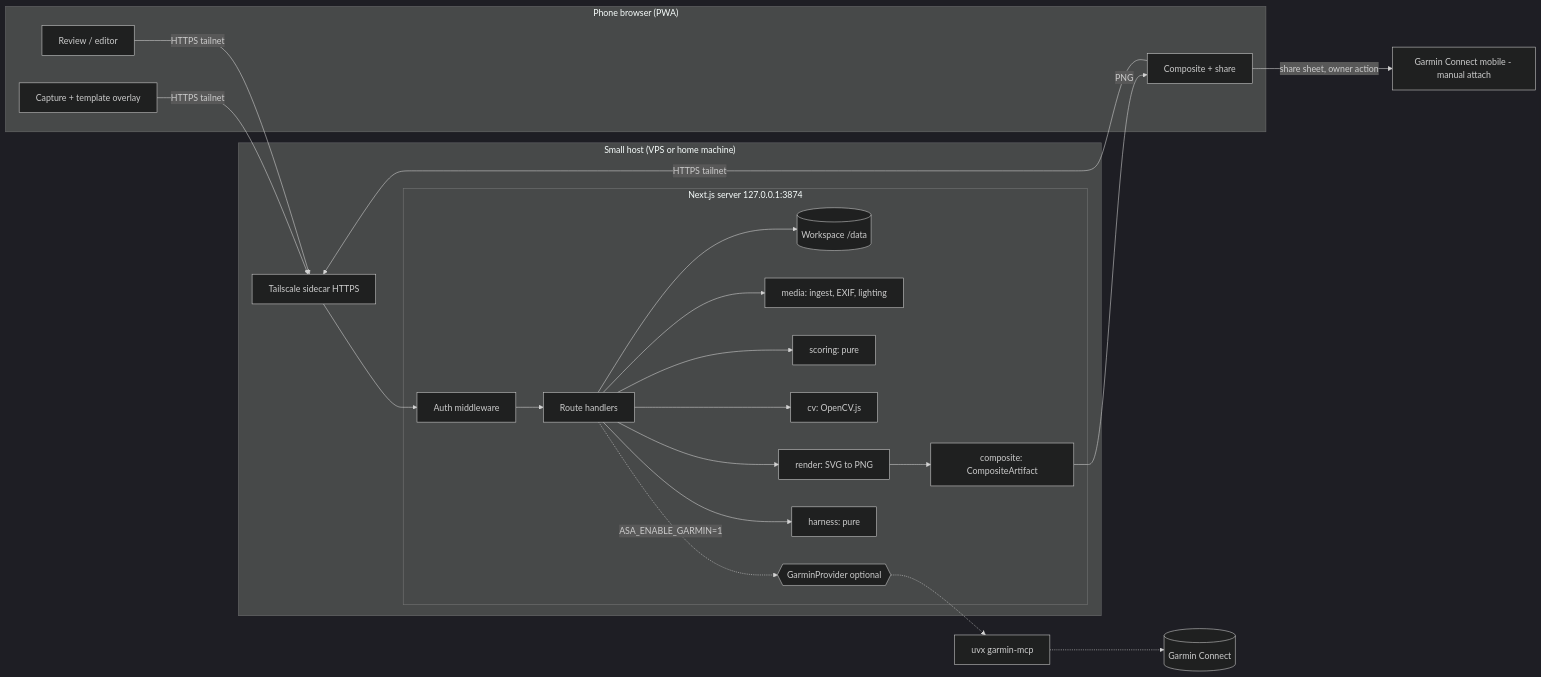
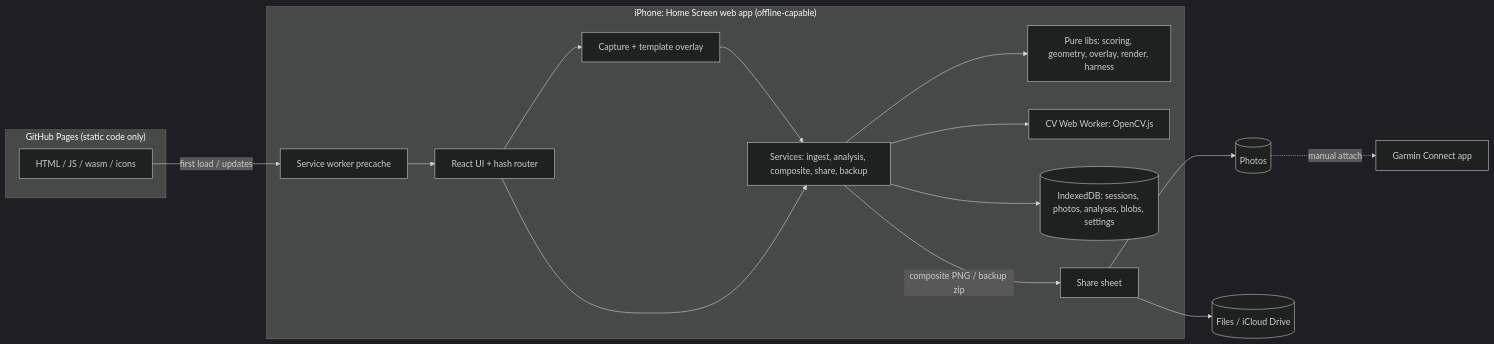
One commit to KomplexMojo/NordicAim changed the diagram in docs/PLAN.md. Above: the diagram before and after it, drawn with Mermaid (dark theme). The commit also changed other lines of this file and 56 other files, not shown here.

First line of the commit message:
Plan rev 3: on-phone web app now, Capacitor as Phase 2

````diff
--- a/docs/PLAN.md
+++ b/docs/PLAN.md
@@ -125,28 +129,25 @@
 ```mermaid
 flowchart LR
-  subgraph Phone["Phone browser (PWA)"]
+  subgraph Pages["GitHub Pages (static code only)"]
+    Assets[HTML / JS / wasm / icons]
+  end
+  subgraph Phone["iPhone: Home Screen web app (offline-capable)"]
+    SW[Service worker precache]
+    UI[React UI + hash router]
     Cam[Capture + template overlay]
-    Rev[Review / editor]
-    Comp[Composite + share]
+    Svc[Services: ingest, analysis, composite, share, backup]
+    Pure[Pure libs: scoring, geometry, overlay, render, harness]
+    W[CV Web Worker: OpenCV.js]
+    IDB[(IndexedDB: sessions, photos, analyses, blobs, settings)]
+    Share[Share sheet]
   end
-  subgraph Host["Small host (VPS or home machine)"]
-    TS[Tailscale sidecar HTTPS]
-    subgraph App["Next.js server 127.0.0.1:3874"]
-      MW[Auth middleware]
-      API[Route handlers]
-      WS[(Workspace /data)]
-      Media[media: ingest, EXIF, lighting]
-      Scoring[scoring: pure]
-      CV[cv: OpenCV.js]
-      Render[render: SVG to PNG]
-      Artifact[composite: CompositeArtifact]
-      Harness[harness: pure]
-      GP{{GarminProvider optional}}
-    end
-  end
-  Cam & Rev & Comp -->|HTTPS tailnet| TS --> MW --> API
-  API --> WS & Media & Scoring & CV & Render & Harness
-  Render --> Artifact -->|PNG| Comp
-  Comp -->|share sheet, owner action| GC[Garmin Connect mobile - manual attach]
-  API -.->|ASA_ENABLE_GARMIN=1| GP -.-> MCP[uvx garmin-mcp] -.-> Connect[(Garmin Connect)]
+  Assets -->|first load / updates| SW --> UI
+  UI --> Cam --> Svc
+  UI --> Svc --> Pure
+  Svc --> W
+  Svc --> IDB
+  Svc -->|composite PNG / backup zip| Share
+  Share --> Photos[(Photos)]
+  Share --> Files[(Files / iCloud Drive)]
+  Photos -.manual attach.-> GC[Garmin Connect app]
 ```
````
